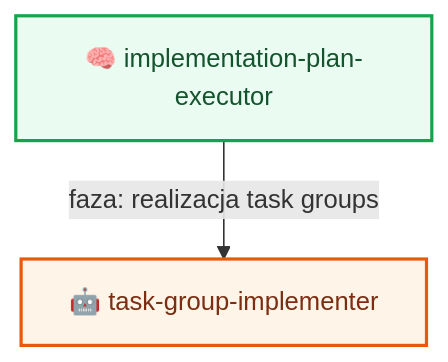
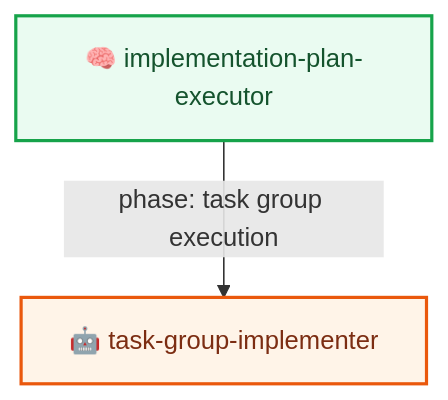
One commit to plucins/flowbit changed the tenth of 11 diagrams in docs/flow/workflows.md. Above: the diagram before and after it, drawn with Mermaid. The commit also changed other lines of this file and 11 other files, not shown here.

````diff
--- a/docs/flow/workflows.md
+++ b/docs/flow/workflows.md
@@ -253,9 +253,9 @@
 ```mermaid
 graph TD
-  EXEC_S["🧠 implementation-plan-executor"] -- "faza: realizacja task groups" --> TG["🤖 task-group-implementer"]
+  EXEC_S["🧠 implementation-plan-executor"] -- "phase: task group execution" --> TG["🤖 task-group-implementer"]
 
   classDef skill fill:#EAFBF1,stroke:#16A34A,stroke-width:2px,color:#14532D;
   classDef agent fill:#FFF4E8,stroke:#EA580C,stroke-width:2px,color:#7C2D12;
   class EXEC_S skill;
   class TG agent;
 ```
````
